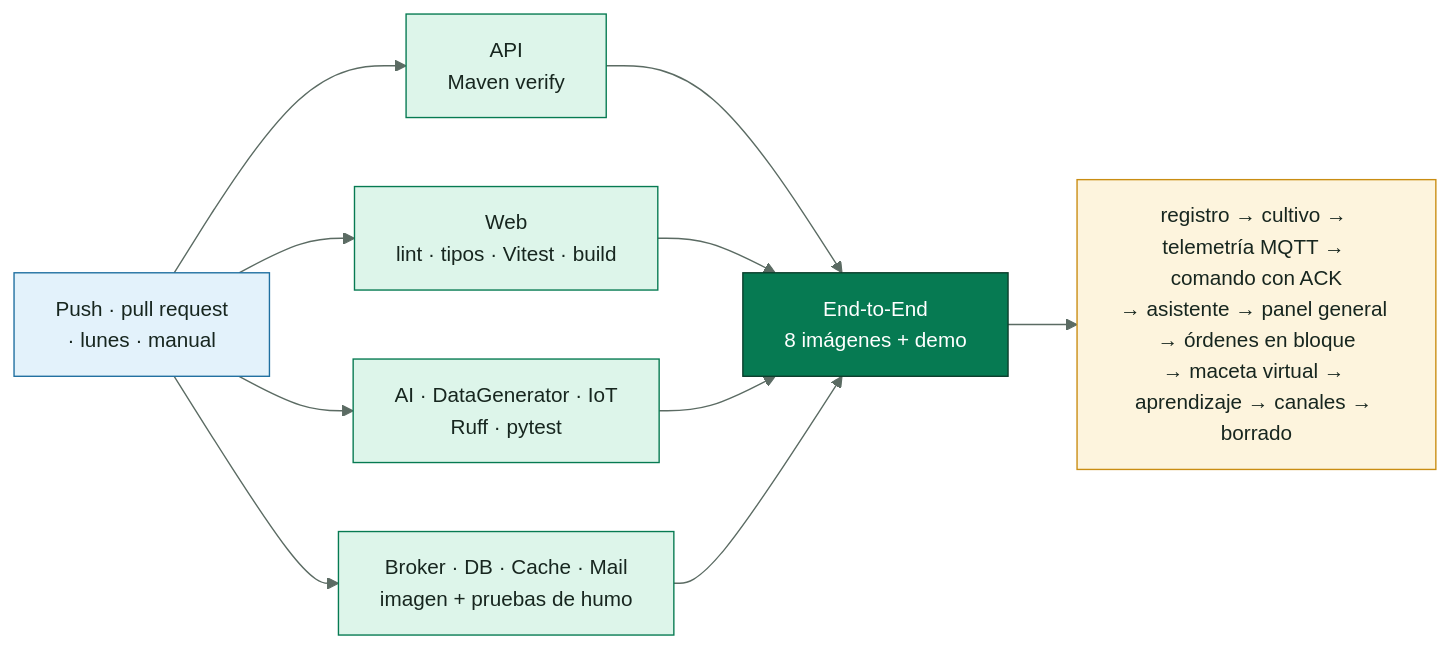
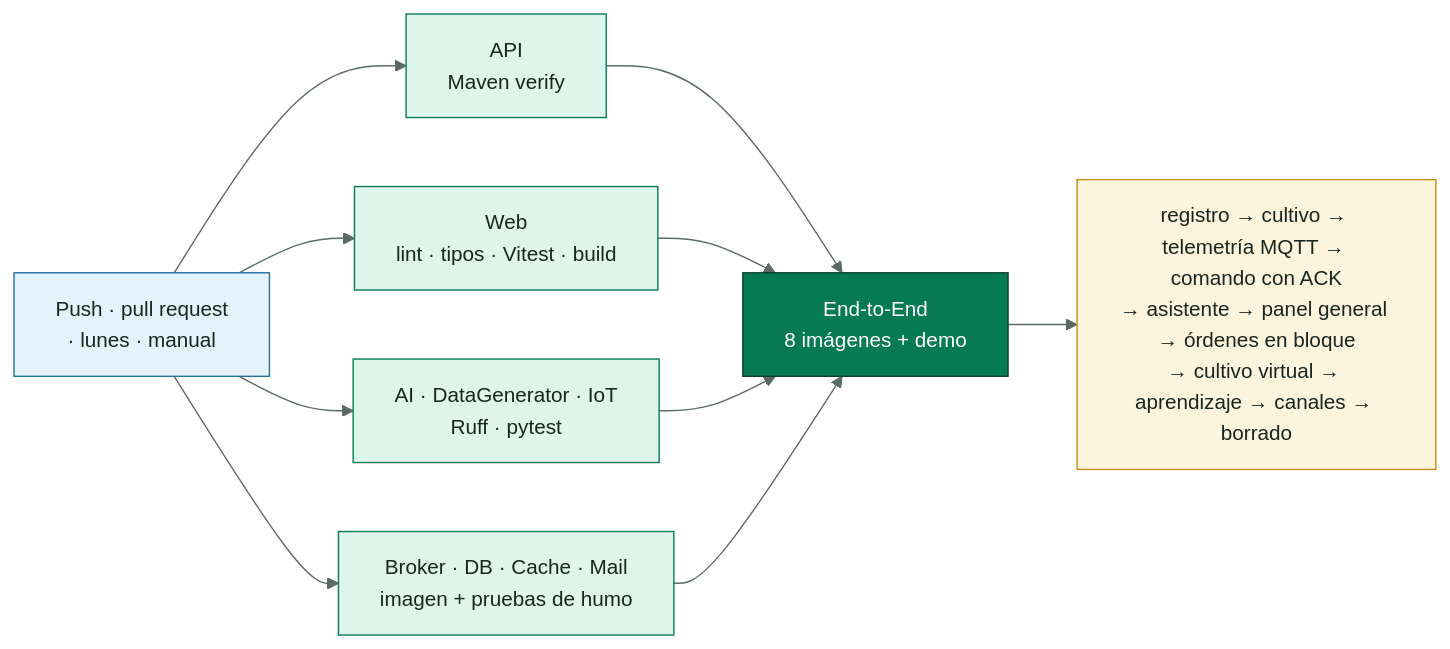
The diagram in docs/diagrams/SmartPot_08_QA.mmd (SmartPotTech/.github), drawn with Mermaid before and after one commit.

Commit message:
Show the virtual crop in the QA flow

```diff
--- a/docs/diagrams/SmartPot_08_QA.mmd
+++ b/docs/diagrams/SmartPot_08_QA.mmd
@@ -1,19 +1,19 @@
 %%{init: {"theme": "base", "fontFamily": "Segoe UI, Arial, sans-serif", "themeVariables": {"fontFamily": "Segoe UI, Arial, sans-serif", "fontSize": "15px", "primaryColor": "#DDF5EA", "primaryTextColor": "#17261F", "primaryBorderColor": "#067A52", "secondaryColor": "#E3F2FB", "secondaryTextColor": "#17261F", "secondaryBorderColor": "#1F6FA0", "tertiaryColor": "#F2F7F4", "tertiaryTextColor": "#17261F", "tertiaryBorderColor": "#D5E3DC", "lineColor": "#5B6B63", "textColor": "#17261F", "mainBkg": "#DDF5EA", "nodeBorder": "#067A52", "clusterBkg": "#F7FAF8", "clusterBorder": "#D5E3DC", "edgeLabelBackground": "#FFFFFF", "actorBkg": "#067A52", "actorBorder": "#0B3D2B", "actorTextColor": "#FFFFFF", "actorLineColor": "#5B6B63", "signalColor": "#17261F", "signalTextColor": "#17261F", "labelBoxBkgColor": "#0B3D2B", "labelBoxBorderColor": "#0B3D2B", "labelTextColor": "#FFFFFF", "loopTextColor": "#0B3D2B", "noteBkgColor": "#FDF4DD", "noteBorderColor": "#C98D12", "noteTextColor": "#17261F", "activationBkgColor": "#DDF5EA", "activationBorderColor": "#067A52", "attributeBackgroundColorOdd": "#FFFFFF", "attributeBackgroundColorEven": "#F2F7F4"}}}%%
 flowchart LR
   trigger["Push · pull request<br/>· lunes · manual"] --> api["API<br/>Maven verify"]
   trigger --> web["Web<br/>lint · tipos · Vitest · build"]
   trigger --> py["AI · DataGenerator · IoT<br/>Ruff · pytest"]
   trigger --> ct["Broker · DB · Cache · Mail<br/>imagen + pruebas de humo"]
   api --> e2e["End-to-End<br/>8 imágenes + demo"]
   web --> e2e
   py --> e2e
   ct --> e2e
-  e2e --> flow["registro → cultivo → telemetría MQTT → comando con ACK<br/>→ asistente → panel general → órdenes en bloque<br/>→ maceta virtual → aprendizaje → canales → borrado"]
+  e2e --> flow["registro → cultivo → telemetría MQTT → comando con ACK<br/>→ asistente → panel general → órdenes en bloque<br/>→ cultivo virtual → aprendizaje → canales → borrado"]
   classDef start fill:#E3F2FB,stroke:#1F6FA0,color:#17261F
   classDef job fill:#DDF5EA,stroke:#067A52,color:#17261F
   classDef final fill:#067A52,stroke:#0B3D2B,color:#FFFFFF
   classDef detail fill:#FDF4DD,stroke:#C98D12,color:#17261F
   class trigger start
   class api,web,py,ct job
   class e2e final
   class flow detail
```
